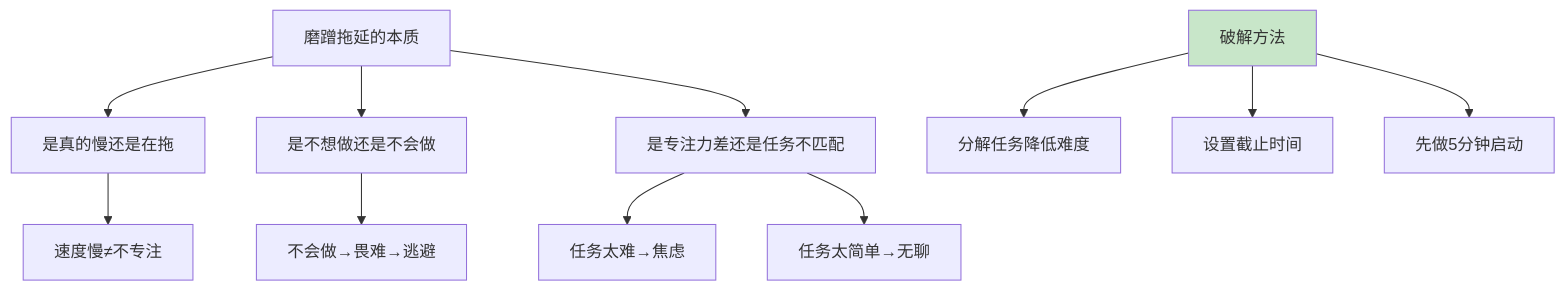
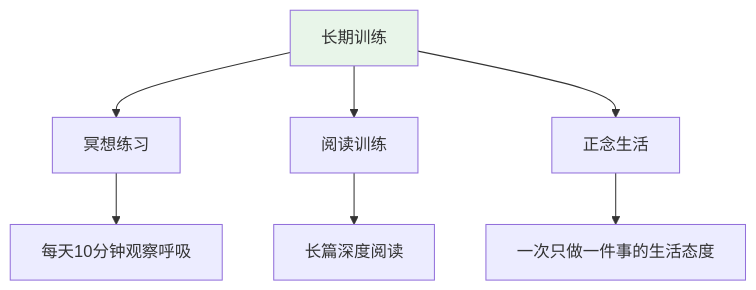
One commit to chongyang211/YCBookBlog changed the fifth of 7 diagrams in 10.打工充平常记录/10.自我精进七课/07.底层思维的训练/7.1专注能力的提升.md. Above: the diagram before and after it, drawn with Mermaid. The commit also changed other lines of this file and 55 other files, not shown here.

````diff
--- a/10.打工充平常记录/10.自我精进七课/07.底层思维的训练/7.1专注能力的提升.md
+++ b/10.打工充平常记录/10.自我精进七课/07.底层思维的训练/7.1专注能力的提升.md
@@ -293,14 +172,10 @@
 ```mermaid
 graph TD
-    A[磨蹭拖延的本质] --> B[是真的慢还是在拖]
-    A --> C[是不想做还是不会做]
-    A --> D[是专注力差还是任务不匹配]
-    B --> B1[速度慢≠不专注]
-    C --> C1[不会做→畏难→逃避]
-    D --> D1[任务太难→焦虑]
-    D --> D2[任务太简单→无聊]
-    E[破解方法] --> E1[分解任务降低难度]
-    E --> E2[设置截止时间]
-    E --> E3[先做5分钟启动]
-    style E fill:#c8e6c9
+    A[长期训练] --> B[冥想练习]
+    A --> C[阅读训练]
+    A --> D[正念生活]
+    B --> B1[每天10分钟观察呼吸]
+    C --> C1[长篇深度阅读]
+    D --> D1[一次只做一件事的生活态度]
+    style A fill:#e8f5e9
 ```
````
